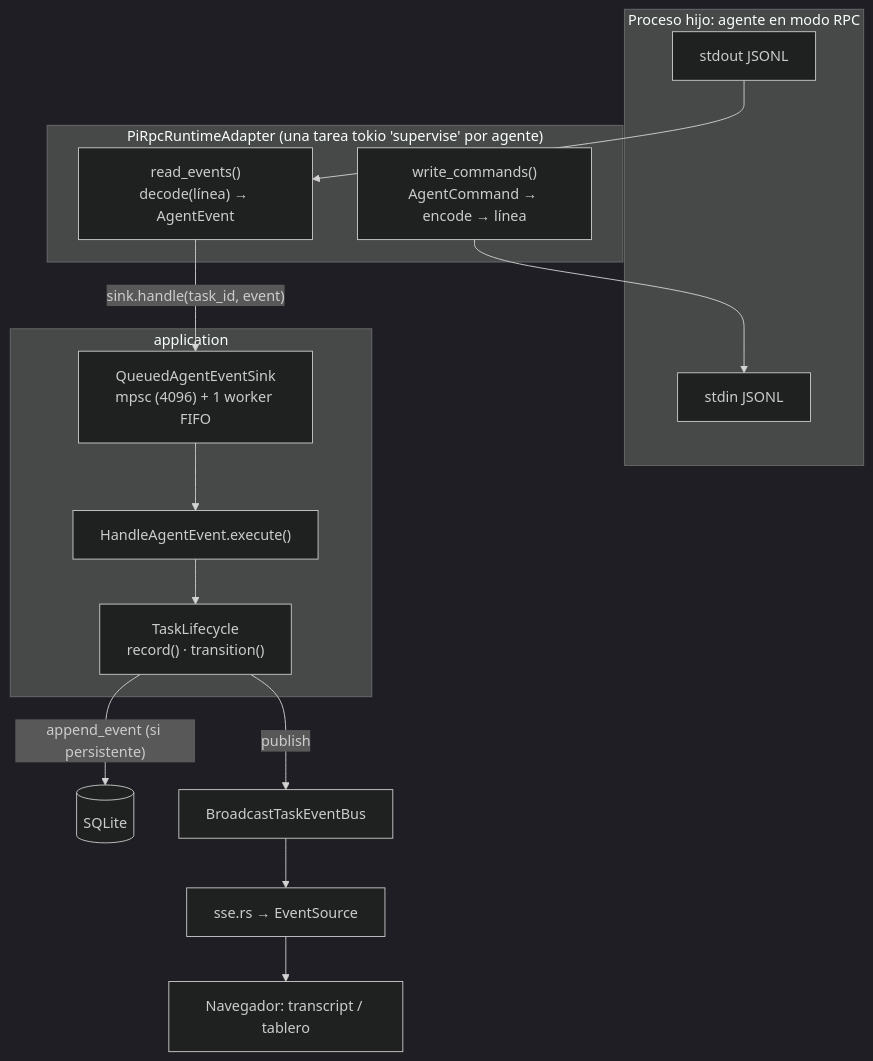
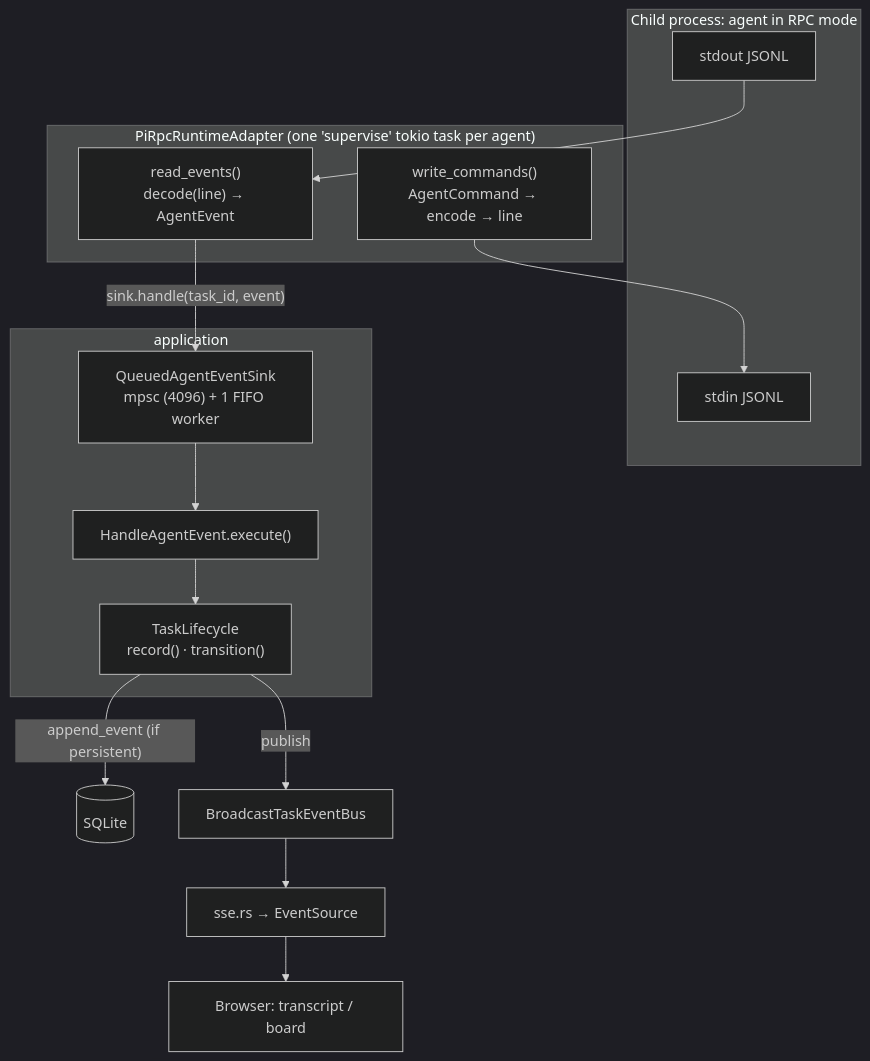
One commit to plopezm/iworkflow changed the ninth of 12 diagrams in ARCHITECTURE.md. Above: the diagram before and after it, drawn with Mermaid (dark theme). The commit also changed other lines of this file and 5 other files, not shown here.

````diff
--- a/ARCHITECTURE.md
+++ b/ARCHITECTURE.md
@@ -760,24 +764,24 @@
 ```mermaid
 flowchart TB
-    subgraph proc["Proceso hijo: agente en modo RPC"]
+    subgraph proc["Child process: agent in RPC mode"]
         OUT[stdout JSONL]
         IN[stdin JSONL]
     end
-    subgraph rt["PiRpcRuntimeAdapter (una tarea tokio 'supervise' por agente)"]
-        RE["read_events()<br/>decode(línea) → AgentEvent"]
-        WC["write_commands()<br/>AgentCommand → encode → línea"]
+    subgraph rt["PiRpcRuntimeAdapter (one 'supervise' tokio task per agent)"]
+        RE["read_events()<br/>decode(line) → AgentEvent"]
+        WC["write_commands()<br/>AgentCommand → encode → line"]
     end
     OUT --> RE
     WC --> IN
     RE -- "sink.handle(task_id, event)" --> Q
     subgraph app["application"]
-        Q["QueuedAgentEventSink<br/>mpsc (4096) + 1 worker FIFO"]
+        Q["QueuedAgentEventSink<br/>mpsc (4096) + 1 FIFO worker"]
         H["HandleAgentEvent.execute()"]
         L["TaskLifecycle<br/>record() · transition()"]
         Q --> H --> L
     end
-    L -- "append_event (si persistente)" --> DB[(SQLite)]
+    L -- "append_event (if persistent)" --> DB[(SQLite)]
     L -- "publish" --> BUS["BroadcastTaskEventBus"]
     BUS --> SSE["sse.rs → EventSource"]
-    SSE --> UI[Navegador: transcript / tablero]
+    SSE --> UI[Browser: transcript / board]
 ```
````
